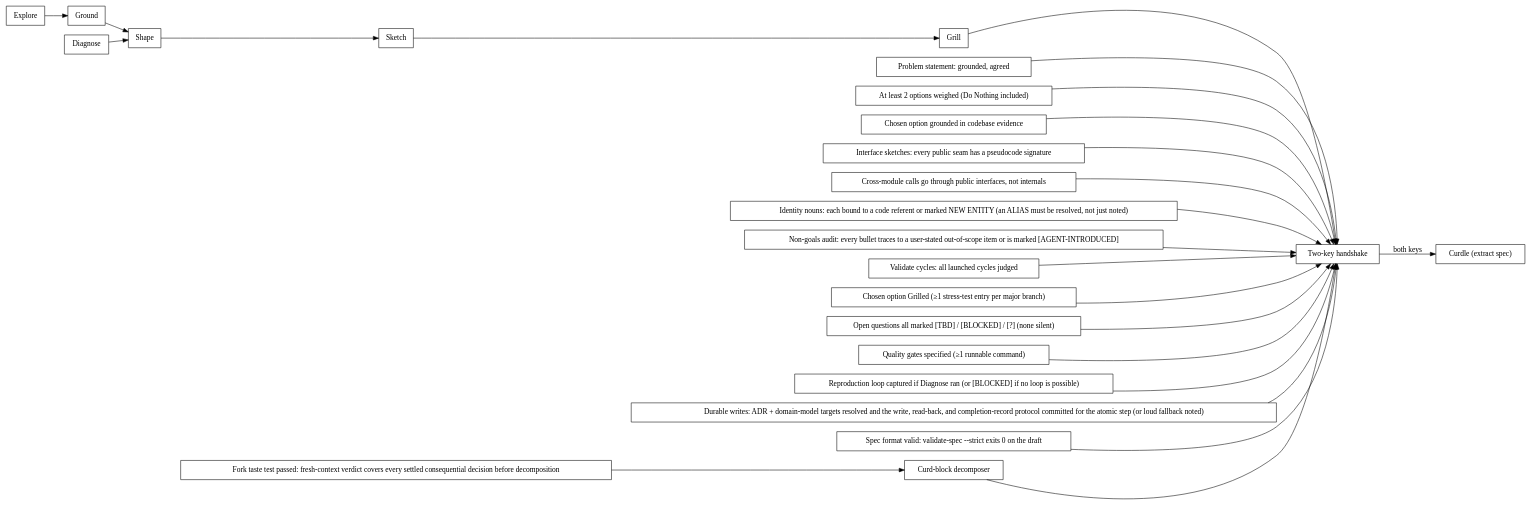
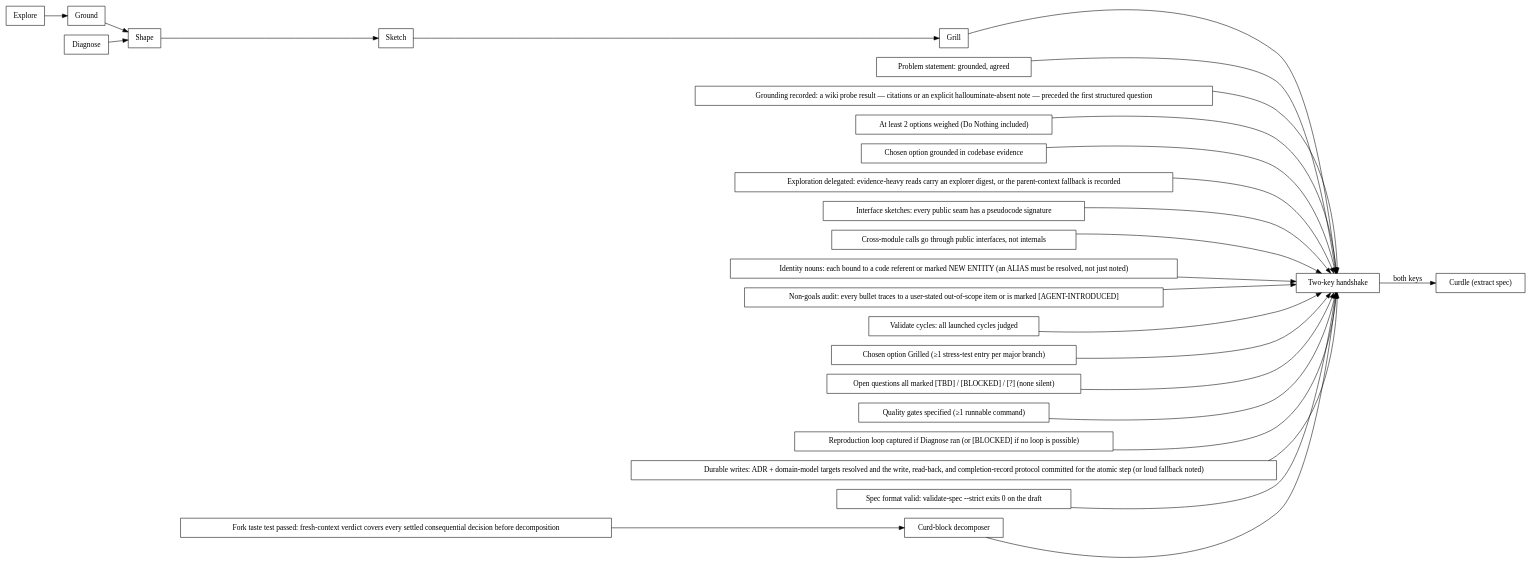
The diagram in skills/mold/scripts/mold.dot (paulnsorensen/easy-cheese), drawn with Graphviz before and after one commit. The commit also changed 8 other files, not shown here.

```diff
--- a/skills/mold/scripts/mold.dot
+++ b/skills/mold/scripts/mold.dot
@@ -1,51 +1,55 @@
 digraph mold_gates {
   rankdir=LR;
   node [shape=box];
   explore [label="Explore", kind="mode"];
   ground [label="Ground", kind="mode"];
   shape [label="Shape", kind="mode"];
   sketch [label="Sketch", kind="mode"];
   grill [label="Grill", kind="mode"];
   diagnose [label="Diagnose", kind="mode"];
   problem_statement [label="Problem statement: grounded, agreed", kind="gate"];
+  grounding_recorded [label="Grounding recorded: a wiki probe result — citations or an explicit hallouminate-absent note — preceded the first structured question", kind="gate"];
   at_least_2_options_weighed_do_nothing_included [label="At least 2 options weighed (Do Nothing included)", kind="gate"];
   chosen_option_grounded_in_codebase_evidence [label="Chosen option grounded in codebase evidence", kind="gate"];
+  exploration_delegated [label="Exploration delegated: evidence-heavy reads carry an explorer digest, or the parent-context fallback is recorded", kind="gate"];
   interface_sketches [label="Interface sketches: every public seam has a pseudocode signature", kind="gate"];
   cross_module_calls_go_through_public_interfaces_not_internals [label="Cross-module calls go through public interfaces, not internals", kind="gate"];
   identity_nouns [label="Identity nouns: each bound to a code referent or marked NEW ENTITY (an ALIAS must be resolved, not just noted)", kind="gate"];
   non_goals_audit [label="Non-goals audit: every bullet traces to a user-stated out-of-scope item or is marked [AGENT-INTRODUCED]", kind="gate"];
   validate_cycles [label="Validate cycles: all launched cycles judged", kind="gate"];
   chosen_option_grilled_1_stress_test_entry_per_major_branch [label="Chosen option Grilled (≥1 stress-test entry per major branch)", kind="gate"];
   open_questions_all_marked_tbd_blocked_none_silent [label="Open questions all marked [TBD] / [BLOCKED] / [?] (none silent)", kind="gate"];
   quality_gates_specified_1_runnable_command [label="Quality gates specified (≥1 runnable command)", kind="gate"];
   reproduction_loop_captured_if_diagnose_ran_or_blocked_if_no_loop_is_possible [label="Reproduction loop captured if Diagnose ran (or [BLOCKED] if no loop is possible)", kind="gate"];
   durable_writes [label="Durable writes: ADR + domain-model targets resolved and the write, read-back, and completion-record protocol committed for the atomic step (or loud fallback noted)", kind="gate"];
   fork_taste_test_passed [label="Fork taste test passed: fresh-context verdict covers every settled consequential decision before decomposition", kind="gate"];
   spec_format_valid [label="Spec format valid: validate-spec --strict exits 0 on the draft", kind="gate"];
   decomposer [label="Curd-block decomposer", kind="decomposer"];
   handshake [label="Two-key handshake", kind="handshake"];
   curdle [label="Curdle (extract spec)", kind="terminal"];
   explore -> ground;
   ground -> shape;
   shape -> sketch;
   sketch -> grill;
   diagnose -> shape;
   problem_statement -> handshake;
+  grounding_recorded -> handshake;
   at_least_2_options_weighed_do_nothing_included -> handshake;
   chosen_option_grounded_in_codebase_evidence -> handshake;
+  exploration_delegated -> handshake;
   interface_sketches -> handshake;
   cross_module_calls_go_through_public_interfaces_not_internals -> handshake;
   identity_nouns -> handshake;
   non_goals_audit -> handshake;
   validate_cycles -> handshake;
   chosen_option_grilled_1_stress_test_entry_per_major_branch -> handshake;
   open_questions_all_marked_tbd_blocked_none_silent -> handshake;
   quality_gates_specified_1_runnable_command -> handshake;
   reproduction_loop_captured_if_diagnose_ran_or_blocked_if_no_loop_is_possible -> handshake;
   durable_writes -> handshake;
   fork_taste_test_passed -> decomposer;
   spec_format_valid -> handshake;
   decomposer -> handshake;
   grill -> handshake;
   handshake -> curdle [label="both keys"];
 }
```
